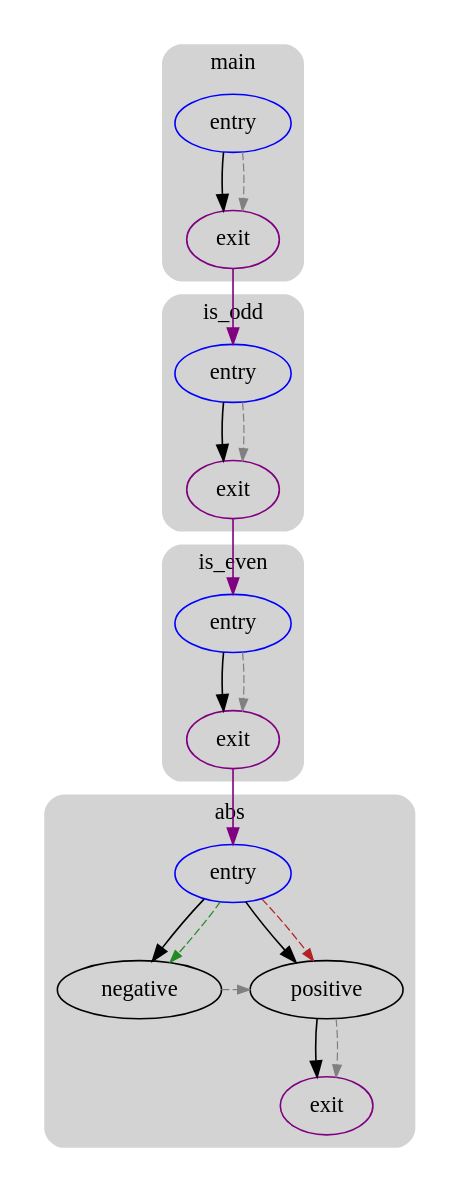
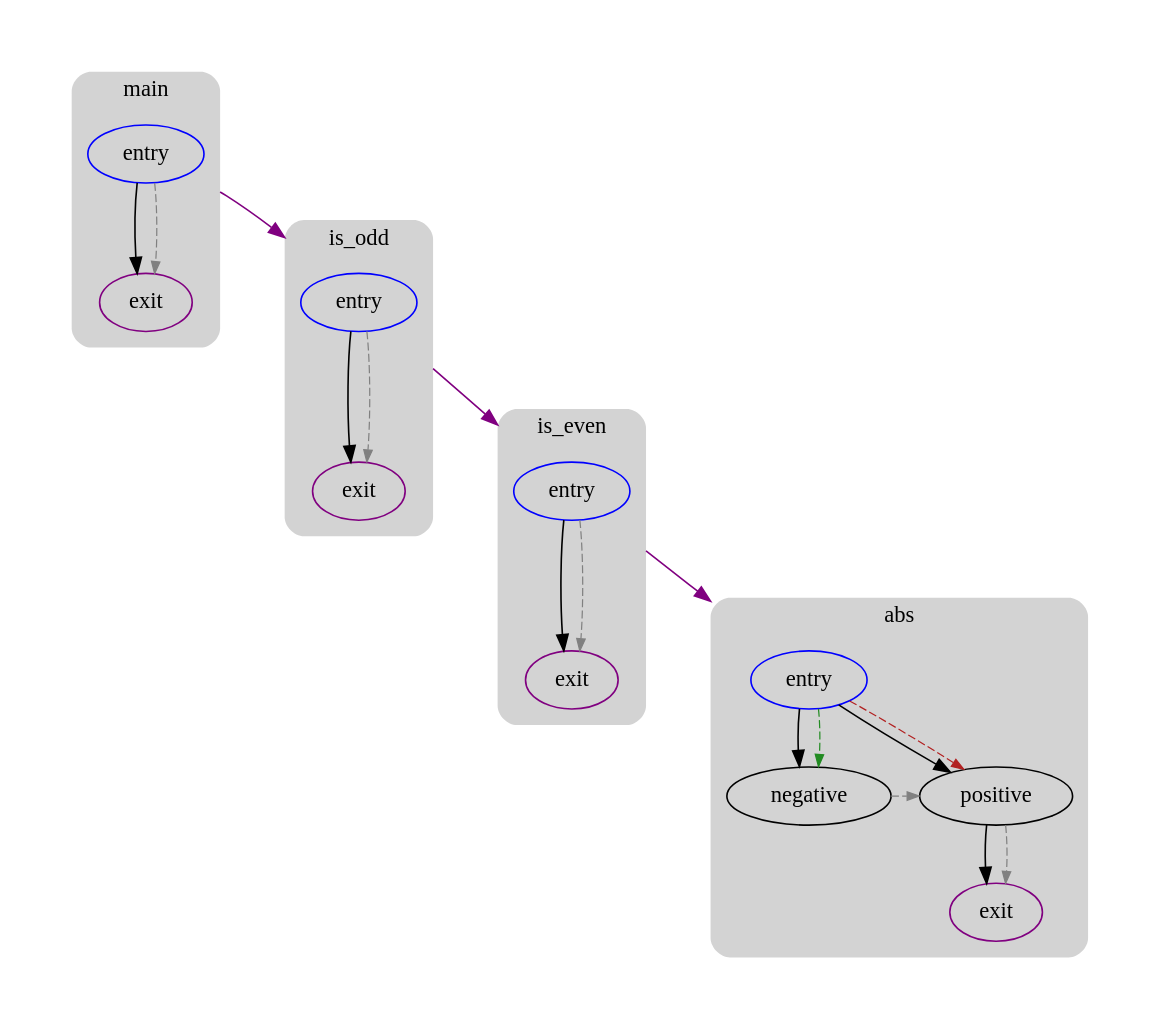
One commit to UnsignedByte/6120 changed the diagram in playground/logicless-iseven.domtree.dot. Above: the diagram before and after it, drawn with Graphviz. The commit also changed 76 other files, not shown here.

Commit message:
add margin around graphs

```diff
--- a/playground/logicless-iseven.domtree.dot
+++ b/playground/logicless-iseven.domtree.dot
@@ -1,56 +1,77 @@
 digraph G {
   compound=true
   subgraph cluster_ {
     peripheries=0
-    subgraph cluster_0 {
-      label="main"
-      color=darkgray
-      style=rounded
-      bgcolor=lightgray
-      cluster_0_0[label="entry",shape=oval,color=blue,rank=source]
-      cluster_0_exit[label=exit,color=purple,rank=sink]
-      cluster_0_0 -> cluster_0_exit [color=black]
-      cluster_0_0 -> cluster_0_exit [color=gray,style=dashed,constraint=false,penwidth=0.75,arrowsize=0.75]
+    margin=10
+    subgraph cluster_0_wrapper {
+      peripheries=0
+      margin=15
+      subgraph cluster_0 {
+        label="main"
+        color=darkgray
+        style=rounded
+        bgcolor=lightgray
+        margin=10
+        cluster_0_0[label="entry",shape=oval,color=blue,rank=source]
+        cluster_0_exit[label=exit,color=purple,rank=sink]
+        cluster_0_0 -> cluster_0_exit [color=black]
+        cluster_0_0 -> cluster_0_exit [color=gray,style=dashed,constraint=false,penwidth=0.75,arrowsize=0.75]
+      }
     }
-    subgraph cluster_1 {
-      label="abs"
-      color=darkgray
-      style=rounded
-      bgcolor=lightgray
-      cluster_1_0[label="entry",shape=oval,color=blue,rank=source]
-      cluster_1_1[label="negative",shape=oval]
-      cluster_1_2[label="positive",shape=oval]
-      cluster_1_exit[label=exit,color=purple,rank=sink]
-      cluster_1_0 -> cluster_1_1 [color=black]
-      cluster_1_0 -> cluster_1_2 [color=black]
-      cluster_1_2 -> cluster_1_exit [color=black]
-      cluster_1_0 -> cluster_1_1 [color=forestgreen,style=dashed,constraint=false,penwidth=0.75,arrowsize=0.75]
-      cluster_1_0 -> cluster_1_2 [color=firebrick,style=dashed,constraint=false,penwidth=0.75,arrowsize=0.75]
-      cluster_1_1 -> cluster_1_2 [color=gray,style=dashed,constraint=false,penwidth=0.75,arrowsize=0.75]
-      cluster_1_2 -> cluster_1_exit [color=gray,style=dashed,constraint=false,penwidth=0.75,arrowsize=0.75]
+    subgraph cluster_1_wrapper {
+      peripheries=0
+      margin=15
+      subgraph cluster_1 {
+        label="abs"
+        color=darkgray
+        style=rounded
+        bgcolor=lightgray
+        margin=10
+        cluster_1_0[label="entry",shape=oval,color=blue,rank=source]
+        cluster_1_1[label="negative",shape=oval]
+        cluster_1_2[label="positive",shape=oval]
+        cluster_1_exit[label=exit,color=purple,rank=sink]
+        cluster_1_0 -> cluster_1_1 [color=black]
+        cluster_1_0 -> cluster_1_2 [color=black]
+        cluster_1_2 -> cluster_1_exit [color=black]
+        cluster_1_0 -> cluster_1_1 [color=forestgreen,style=dashed,constraint=false,penwidth=0.75,arrowsize=0.75]
+        cluster_1_0 -> cluster_1_2 [color=firebrick,style=dashed,constraint=false,penwidth=0.75,arrowsize=0.75]
+        cluster_1_1 -> cluster_1_2 [color=gray,style=dashed,constraint=false,penwidth=0.75,arrowsize=0.75]
+        cluster_1_2 -> cluster_1_exit [color=gray,style=dashed,constraint=false,penwidth=0.75,arrowsize=0.75]
+      }
     }
-    subgraph cluster_2 {
-      label="is_even"
-      color=darkgray
-      style=rounded
-      bgcolor=lightgray
-      cluster_2_0[label="entry",shape=oval,color=blue,rank=source]
-      cluster_2_exit[label=exit,color=purple,rank=sink]
-      cluster_2_0 -> cluster_2_exit [color=black]
-      cluster_2_0 -> cluster_2_exit [color=gray,style=dashed,constraint=false,penwidth=0.75,arrowsize=0.75]
+    subgraph cluster_2_wrapper {
+      peripheries=0
+      margin=15
+      subgraph cluster_2 {
+        label="is_even"
+        color=darkgray
+        style=rounded
+        bgcolor=lightgray
+        margin=10
+        cluster_2_0[label="entry",shape=oval,color=blue,rank=source]
+        cluster_2_exit[label=exit,color=purple,rank=sink]
+        cluster_2_0 -> cluster_2_exit [color=black]
+        cluster_2_0 -> cluster_2_exit [color=gray,style=dashed,constraint=false,penwidth=0.75,arrowsize=0.75]
+      }
     }
-    subgraph cluster_3 {
-      label="is_odd"
-      color=darkgray
-      style=rounded
-      bgcolor=lightgray
-      cluster_3_0[label="entry",shape=oval,color=blue,rank=source]
-      cluster_3_exit[label=exit,color=purple,rank=sink]
-      cluster_3_0 -> cluster_3_exit [color=black]
-      cluster_3_0 -> cluster_3_exit [color=gray,style=dashed,constraint=false,penwidth=0.75,arrowsize=0.75]
+    subgraph cluster_3_wrapper {
+      peripheries=0
+      margin=15
+      subgraph cluster_3 {
+        label="is_odd"
+        color=darkgray
+        style=rounded
+        bgcolor=lightgray
+        margin=10
+        cluster_3_0[label="entry",shape=oval,color=blue,rank=source]
+        cluster_3_exit[label=exit,color=purple,rank=sink]
+        cluster_3_0 -> cluster_3_exit [color=black]
+        cluster_3_0 -> cluster_3_exit [color=gray,style=dashed,constraint=false,penwidth=0.75,arrowsize=0.75]
+      }
     }
-    cluster_0_exit -> cluster_3_0 [color=purple]
-    cluster_2_exit -> cluster_1_0 [color=purple]
-    cluster_3_exit -> cluster_2_0 [color=purple]
+    cluster_0_0 -> cluster_3_0 [color=purple,lhead=cluster_3,ltail=cluster_0]
+    cluster_2_0 -> cluster_1_0 [color=purple,lhead=cluster_1,ltail=cluster_2]
+    cluster_3_0 -> cluster_2_0 [color=purple,lhead=cluster_2,ltail=cluster_3]
   }
 }
```
